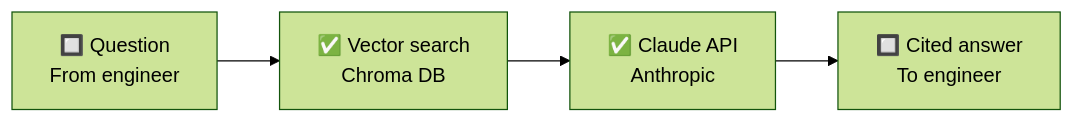
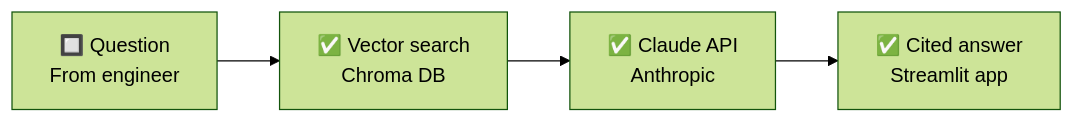
One commit to DaveBarberSHV/vessel-maintenance-platform changed the second of 3 diagrams in docs/architecture.md. Above: the diagram before and after it, drawn with Mermaid (forest theme). The commit also changed other lines of this file and 1 other file, not shown here.

Commit message:
Document tonight's real fixes and deployment status: architecture reflects live production system, backlog captures embedding batching fix, page numbering fix, and elevates Chroma-in-git migration to top priority

````diff
--- a/docs/architecture.md
+++ b/docs/architecture.md
@@ -56,6 +54,6 @@
 ```mermaid
 flowchart LR
     A["🔲 Question<br/>From engineer"] --> B["✅ Vector search<br/>Chroma DB"]
     B --> C["✅ Claude API<br/>Anthropic"]
-    C --> D["🔲 Cited answer<br/>To engineer"]
+    C --> D["✅ Cited answer<br/>Streamlit app"]
 ```
````
